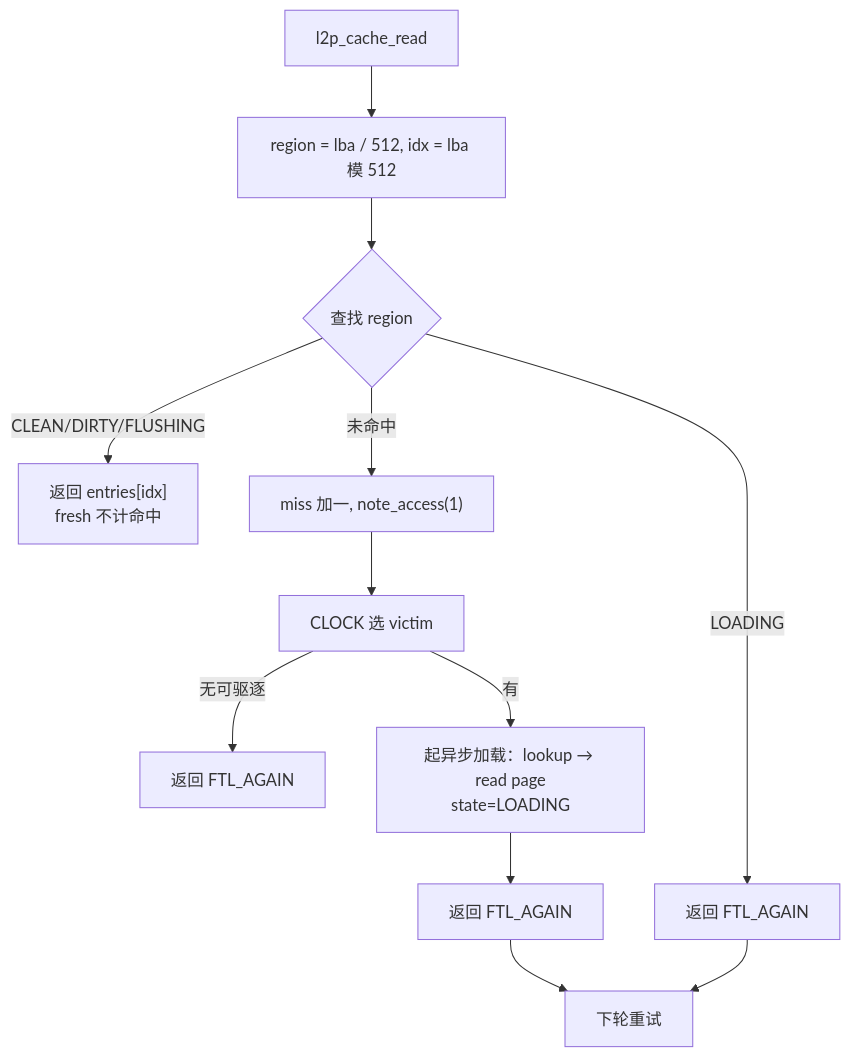
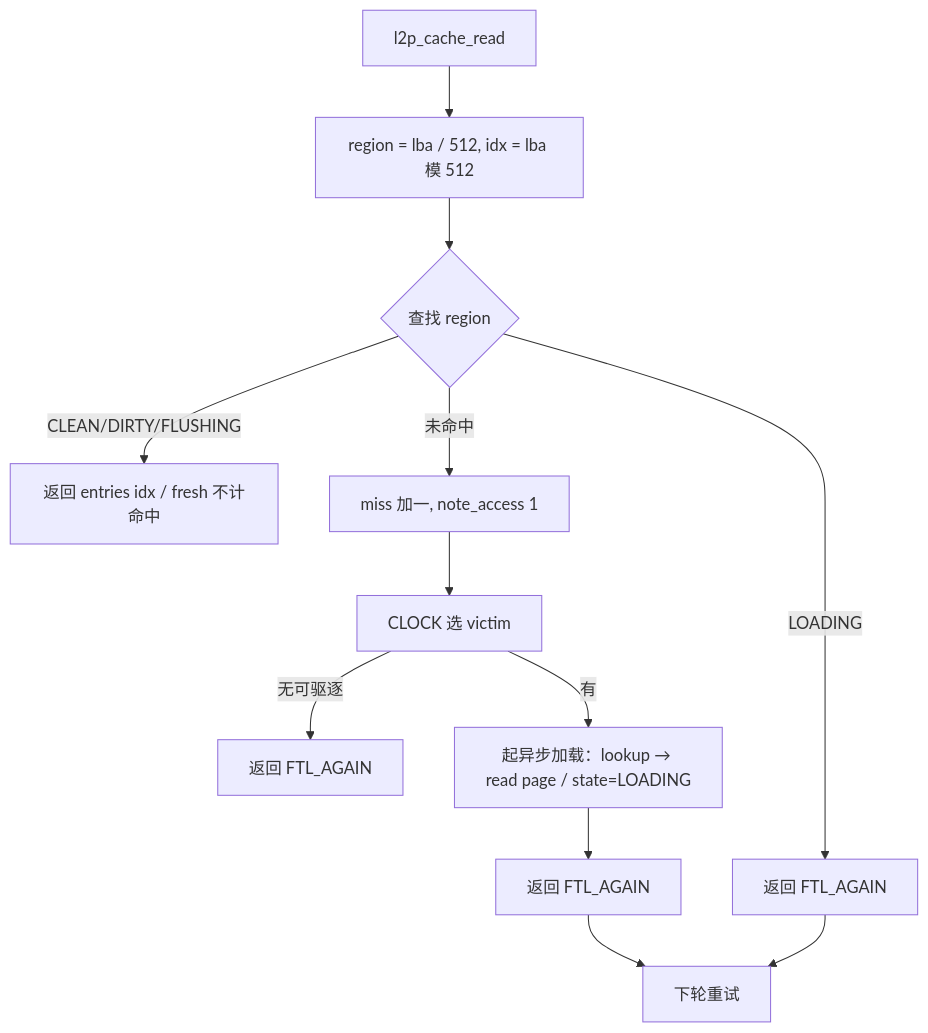
One commit to YzYMIAO/BASESSD changed the tenth of 28 diagrams in docs/design/ftl_design.md. Above: the diagram before and after it, drawn with Mermaid. The commit also changed other lines of this file, not shown here.

First line of the commit message:
docs(ftl): 修复 6 张 stateDiagram 的围栏粘连

````diff
--- a/docs/design/ftl_design.md
+++ b/docs/design/ftl_design.md
@@ -1520,14 +1520,14 @@
 ```mermaid
 flowchart TD
     A["l2p_cache_read"] --> B["region = lba / 512, idx = lba 模 512"]
     B --> C{"查找 region"}
     C -- "LOADING" --> D["返回 FTL_AGAIN"]
-    C -- "CLEAN/DIRTY/FLUSHING" --> E["返回 entries[idx]<br/>fresh 不计命中"]
-    C -- "未命中" --> F["miss 加一, note_access(1)"]
+    C -- "CLEAN/DIRTY/FLUSHING" --> E["返回 entries idx / fresh 不计命中"]
+    C -- "未命中" --> F["miss 加一, note_access 1"]
     F --> G["CLOCK 选 victim"]
     G -- "无可驱逐" --> H["返回 FTL_AGAIN"]
-    G -- "有" --> I["起异步加载：lookup → read page<br/>state=LOADING"]
+    G -- "有" --> I["起异步加载：lookup → read page / state=LOADING"]
     I --> J["返回 FTL_AGAIN"]
     J --> K["下轮重试"]
     D --> K
 ```
````
